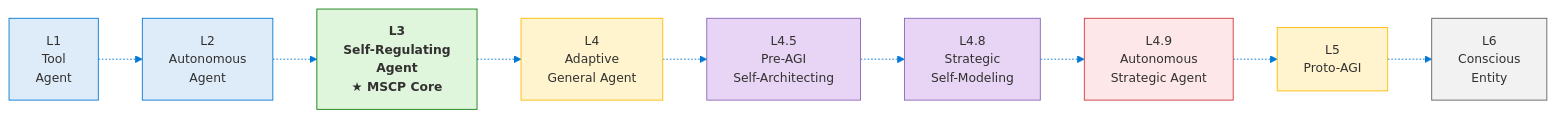
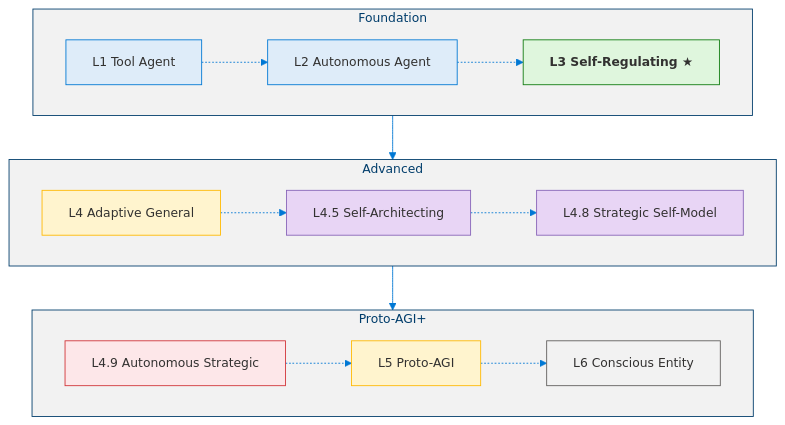
The first of 2 diagrams in docs/levels/README.md (dotnetpower/mscp), drawn with Mermaid before and after one commit. The commit also changed other lines of this file and 10 other files, not shown here.

````diff
--- a/docs/levels/README.md
+++ b/docs/levels/README.md
@@ -13,24 +13,29 @@
 ```mermaid
 %%{init: {'theme': 'base', 'themeVariables': {'primaryColor': '#0078D4', 'primaryTextColor': '#003D6B', 'primaryBorderColor': '#003D6B', 'secondaryColor': '#50E6FF', 'secondaryTextColor': '#323130', 'secondaryBorderColor': '#00BCF2', 'tertiaryColor': '#F2F2F2', 'tertiaryTextColor': '#323130', 'lineColor': '#0078D4', 'textColor': '#323130', 'mainBkg': '#DEECF9', 'nodeBorder': '#0078D4', 'clusterBkg': '#F2F2F2', 'clusterBorder': '#003D6B', 'titleColor': '#003D6B', 'edgeLabelBackground': '#FFFFFF', 'fontSize': '14px'}}}%%
-flowchart LR
+flowchart TB
   classDef l1 fill:#DEECF9,stroke:#0078D4,color:#323130
   classDef l3 fill:#DFF6DD,stroke:#107C10,color:#323130,font-weight:bold
   classDef l4 fill:#FFF4CE,stroke:#FFB900,color:#323130
   classDef l45 fill:#E8D5F5,stroke:#8764B8,color:#323130
   classDef l48 fill:#E8D5F5,stroke:#8764B8,color:#323130
   classDef l49 fill:#FDE7E9,stroke:#D13438,color:#323130
   classDef l5 fill:#FFF4CE,stroke:#FFB900,color:#323130
   classDef l6 fill:#F2F2F2,stroke:#605E5C,color:#323130
 
-  L1["L1<br/>Tool<br/>Agent"]:::l1
-  L2["L2<br/>Autonomous<br/>Agent"]:::l1
-  L3["L3<br/>Self-Regulating<br/>Agent<br/>★ MSCP Core"]:::l3
-  L4["L4<br/>Adaptive<br/>General Agent"]:::l4
-  L45["L4.5<br/>Pre-AGI<br/>Self-Architecting"]:::l45
-  L48["L4.8<br/>Strategic<br/>Self-Modeling"]:::l48
-  L49["L4.9<br/>Autonomous<br/>Strategic Agent"]:::l49
-  L5["L5<br/>Proto-AGI"]:::l5
-  L6["L6<br/>Conscious<br/>Entity"]:::l6
+  subgraph Row1["Foundation"]
+    direction LR
+    L1["L1 Tool Agent"]:::l1 -.-> L2["L2 Autonomous Agent"]:::l1 -.-> L3["L3 Self-Regulating ★"]:::l3
+  end
 
-  L1 -.-> L2 -.-> L3 -.-> L4 -.-> L45 -.-> L48 -.-> L49 -.-> L5 -.-> L6
+  subgraph Row2["Advanced"]
+    direction LR
+    L4["L4 Adaptive General"]:::l4 -.-> L45["L4.5 Self-Architecting"]:::l45 -.-> L48["L4.8 Strategic Self-Model"]:::l48
+  end
+
+  subgraph Row3["Proto-AGI+"]
+    direction LR
+    L49["L4.9 Autonomous Strategic"]:::l49 -.-> L5["L5 Proto-AGI"]:::l5 -.-> L6["L6 Conscious Entity"]:::l6
+  end
+
+  Row1 --> Row2 --> Row3
 ```
````
